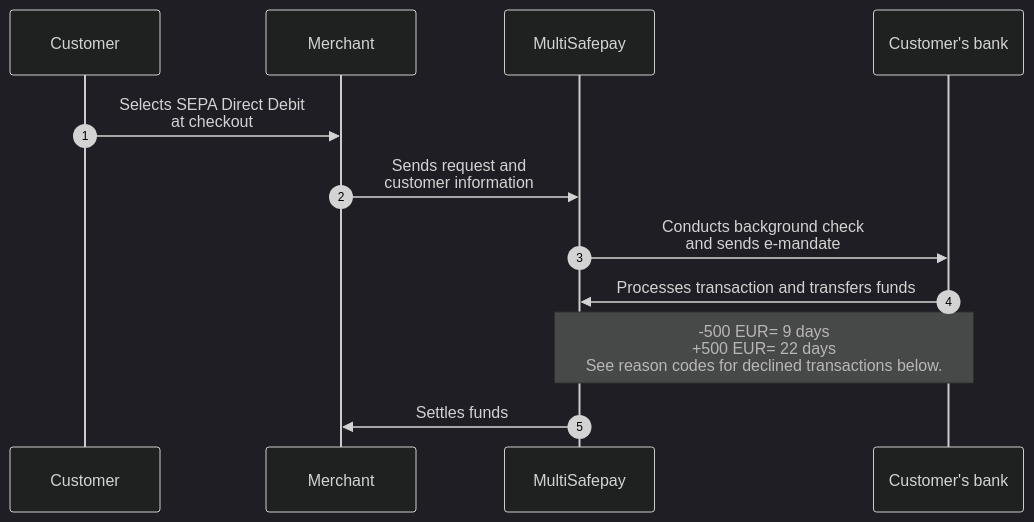
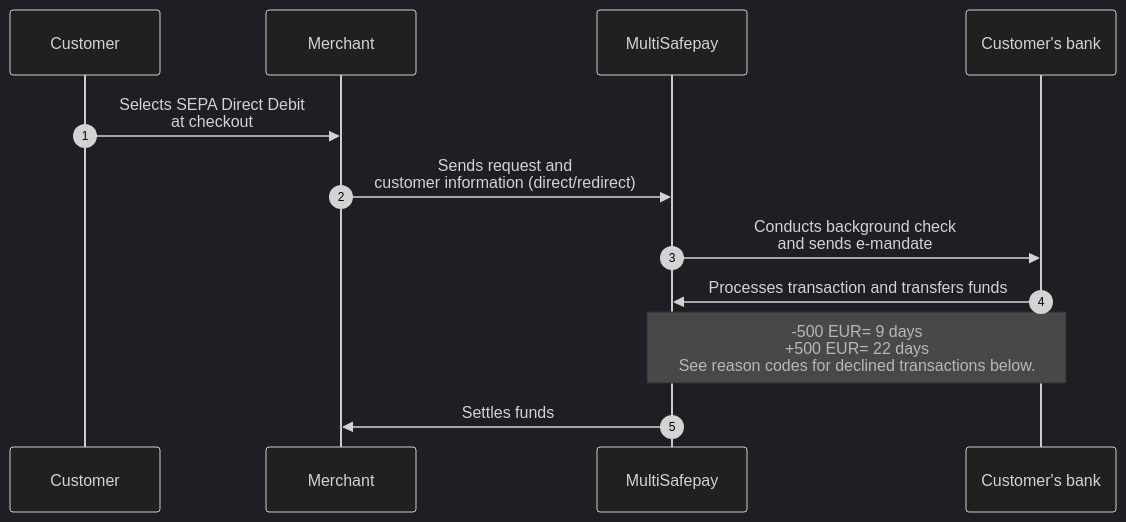
Before and after one commit to MultiSafepay/docs: the diagram in content/payments/methods/banks/sepa-direct-debit/payment-flow.md, drawn with Mermaid (dark theme). The commit also changed other lines of this file and 253 other files, not shown here.

```diff
--- a/content/payments/methods/banks/sepa-direct-debit/payment-flow.md
+++ b/content/payments/methods/banks/sepa-direct-debit/payment-flow.md
@@ -22,17 +22,17 @@
 {{< mermaid class="text-center" >}}
 
 sequenceDiagram
     autonumber
     participant C as Customer
     participant Me as Merchant
     participant Mu as MultiSafepay
     participant CB as Customer's bank
     
     C->>Me: Selects SEPA Direct Debit <br> at checkout
-    Me->>Mu: Sends request and <br> customer information
+    Me->>Mu: Sends request and <br> customer information (direct/redirect)
     Mu->>CB: Conducts background check <br> and sends e-mandate
     CB->>Mu: Processes transaction and transfers funds 
     Note over CB,Mu: -500 EUR= 9 days <br> +500 EUR= 22 days <br> See reason codes for declined transactions below.
     Mu->>Me: Settles funds
 
 {{< /mermaid >}}
```
